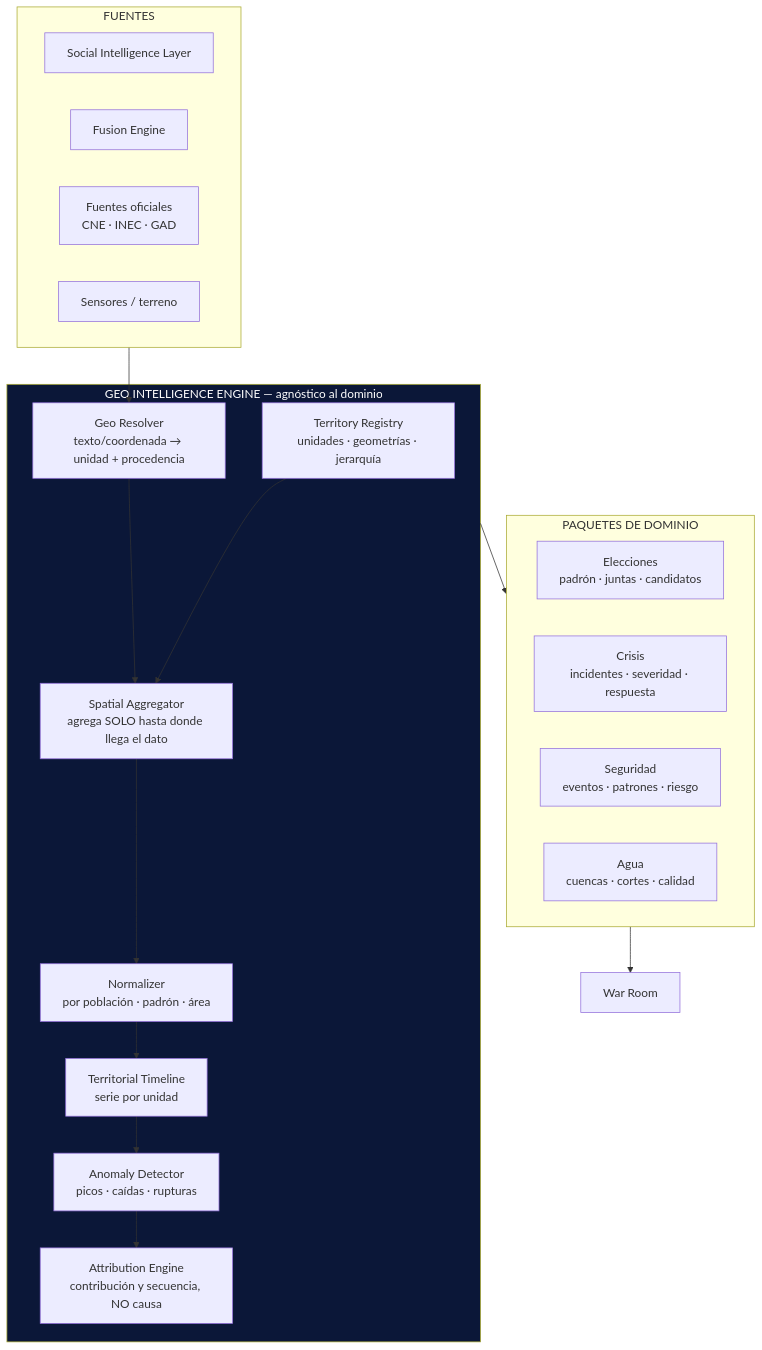
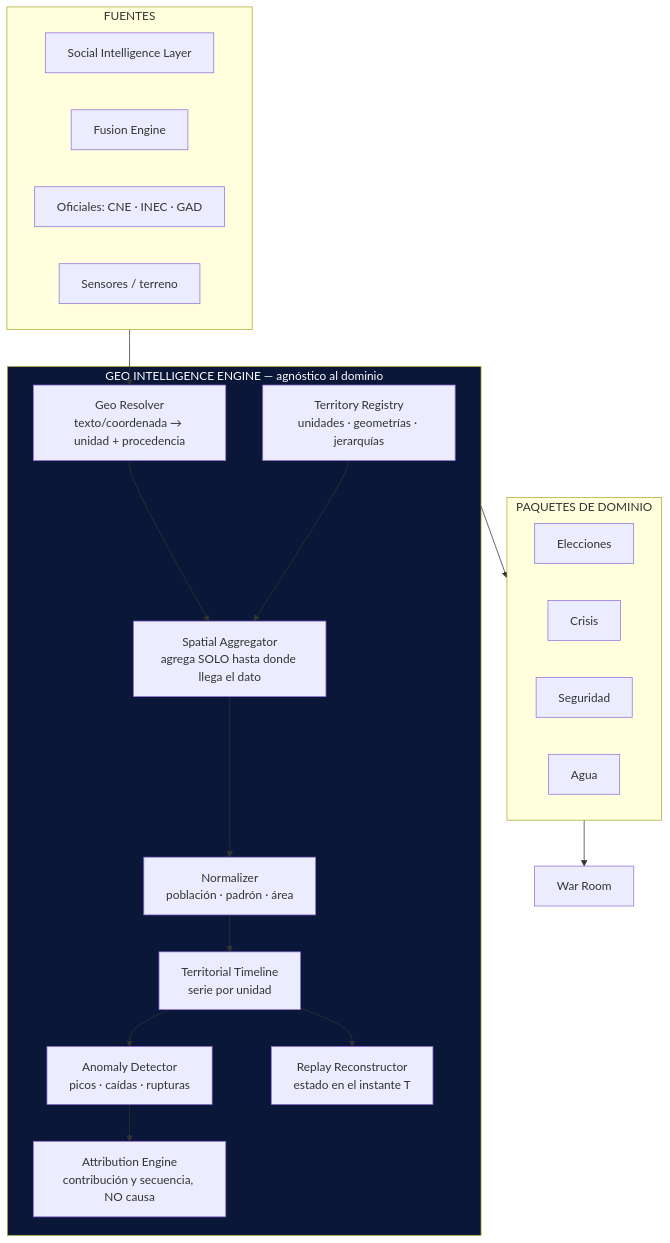
Before and after one commit to DavidFierro23/Sentinel-Intelligence: the diagram in docs/architecture/War-Room-Operacional.md, drawn with Mermaid. The commit also changed other lines of this file, not shown here.

````diff
--- a/docs/architecture/War-Room-Operacional.md
+++ b/docs/architecture/War-Room-Operacional.md
@@ -424,34 +812,36 @@
 ```mermaid
 flowchart TB
     subgraph CORE["GEO INTELLIGENCE ENGINE — agnóstico al dominio"]
-        TR[Territory Registry<br/>unidades · geometrías · jerarquía]
+        TR[Territory Registry<br/>unidades · geometrías · jerarquías]
         GR[Geo Resolver<br/>texto/coordenada → unidad + procedencia]
         AG[Spatial Aggregator<br/>agrega SOLO hasta donde llega el dato]
-        NR[Normalizer<br/>por población · padrón · área]
+        NR[Normalizer<br/>población · padrón · área]
         AD[Anomaly Detector<br/>picos · caídas · rupturas]
         AT[Attribution Engine<br/>contribución y secuencia, NO causa]
         TS[Territorial Timeline<br/>serie por unidad]
+        RR[Replay Reconstructor<br/>estado en el instante T]
     end
 
     subgraph PACKS["PAQUETES DE DOMINIO"]
-        EL[Elecciones<br/>padrón · juntas · candidatos]
-        CR[Crisis<br/>incidentes · severidad · respuesta]
-        SE[Seguridad<br/>eventos · patrones · riesgo]
-        AQ[Agua<br/>cuencas · cortes · calidad]
+        EL[Elecciones]
+        CR[Crisis]
+        SE[Seguridad]
+        AQ[Agua]
     end
 
     subgraph FUENTES["FUENTES"]
         SIL[Social Intelligence Layer]
         FUS[Fusion Engine]
-        OF[Fuentes oficiales<br/>CNE · INEC · GAD]
+        OF[Oficiales: CNE · INEC · GAD]
         SEN[Sensores / terreno]
     end
 
     FUENTES --> GR --> AG --> NR --> TS
     TR --> AG
     TS --> AD --> AT
+    TS --> RR
     CORE --> PACKS
     PACKS --> WR[War Room]
 
     style CORE fill:#0B1738,color:#ffffff
 ```
````
